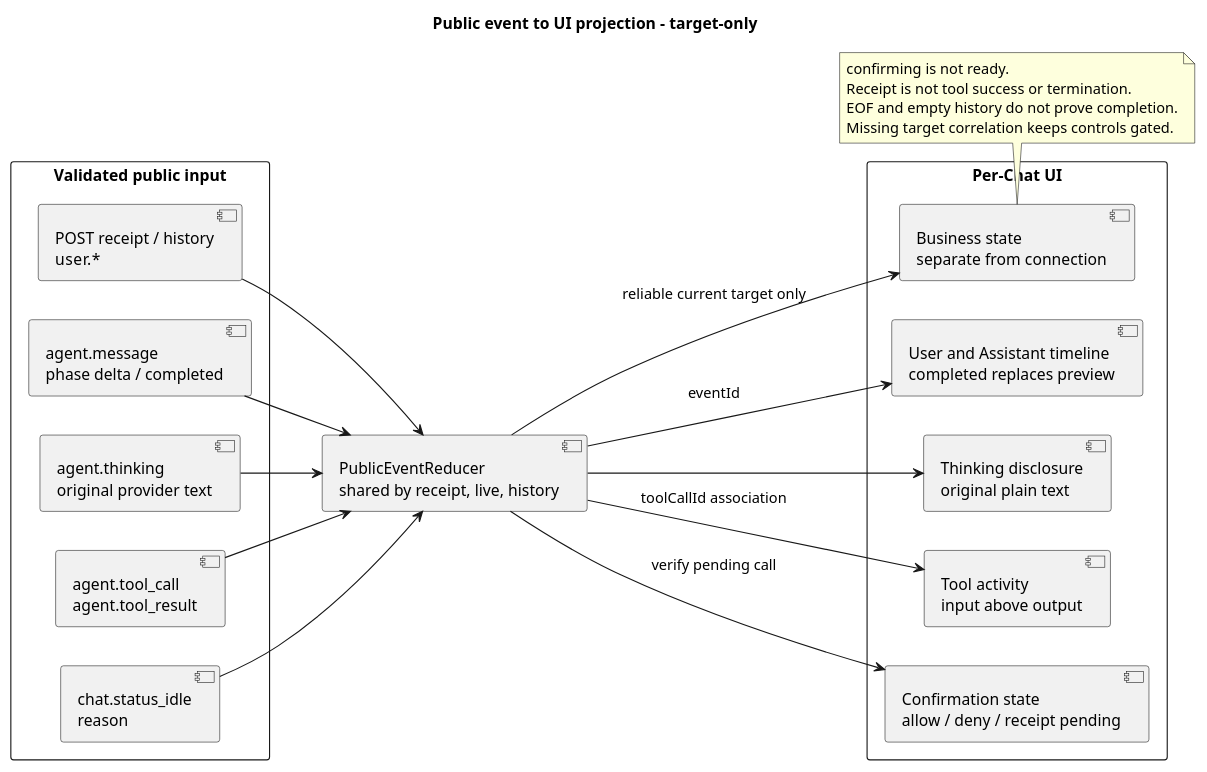
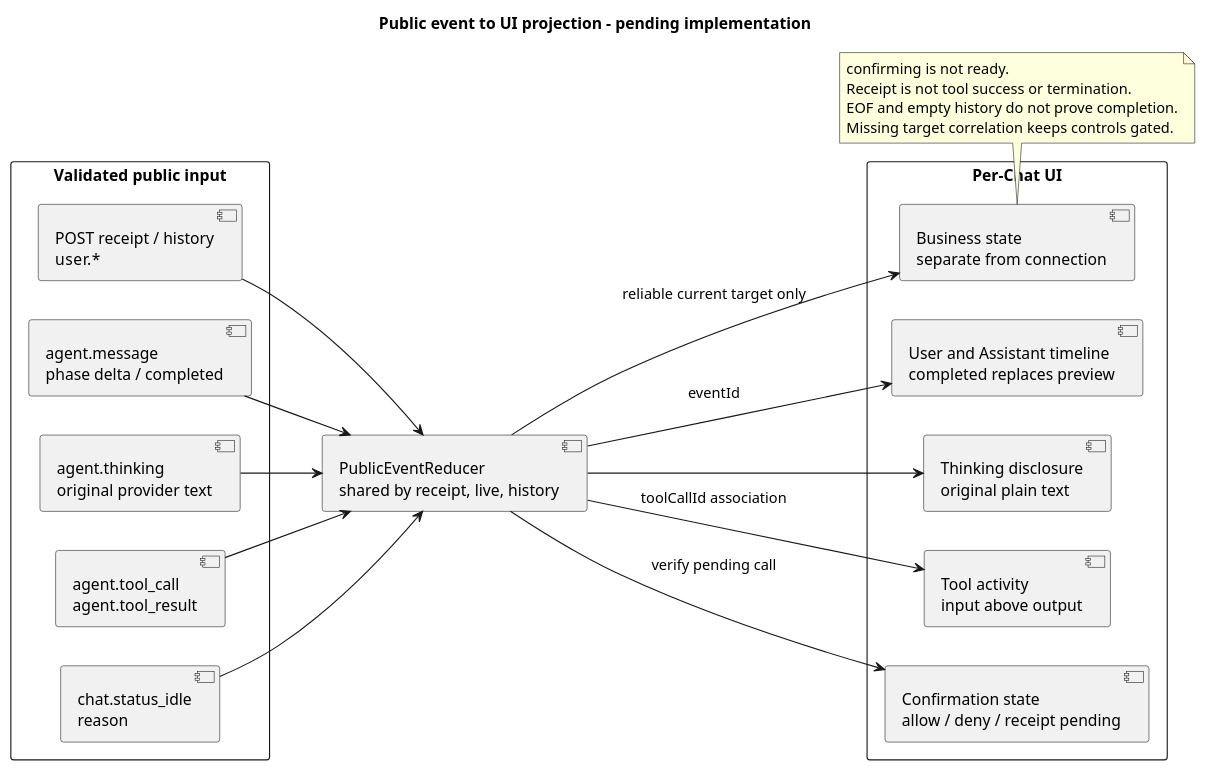
The fourth of 8 diagrams in 07-前端设计/技术设计/diagram.puml (ssm0808/pi-mono-java-design), drawn with PlantUML before and after one commit. The commit also changed other lines of this file and 182 other files, not shown here.

```diff
--- a/07-前端设计/技术设计/diagram.puml
+++ b/07-前端设计/技术设计/diagram.puml
@@ -168,41 +168,41 @@
 @startuml runtime_event_ui_projection
 ' Source baseline: pi-mono-java dfb90cac4e233e09a0b8f047f7e9f4682f5ad238. Thinking-only evidence: 4cc8dd86 frontend/src/components/ThinkingDisclosure.vue template; target displays original model reasoning.
 ' Source evidence: frontend/src/projectors/runtimeEventProjector.ts projectRuntimeEvents, registerToolSpecs.
 ' Source evidence: frontend/src/components/ToolActivity.vue template; frontend/src/types/product.ts ActivityTurn.
 ' Observed behavior: legacy assistant/tool events, no confirmation UI, rich-text tool output.
-' Target-only product projection follows the Mate public contract, not internal wire aliases.
+' Pending implementation product projection follows the Mate public contract, not internal wire aliases.
 ' Design reason: shared reduction prevents duplicate messages and separates preview from authority.
-title Public event to UI projection - target-only
+title Public event to UI projection - pending implementation
 left to right direction
 rectangle "Validated public input" {
   component "POST receipt / history\nuser.*" as UserEvents
   component "agent.message\nphase delta / completed" as Message
   component "agent.thinking\noriginal provider text" as Thinking
   component "agent.tool_call\nagent.tool_result" as Tool
   component "chat.status_idle\nreason" as Idle
 }
 component "PublicEventReducer\nshared by receipt, live, history" as Reducer
 rectangle "Per-Chat UI" {
   component "User and Assistant timeline\ncompleted replaces preview" as Timeline
   component "Thinking disclosure\noriginal plain text" as ThinkingView
   component "Tool activity\ninput above output" as Activity
   component "Confirmation state\nallow / deny / receipt pending" as Confirmation
   component "Business state\nseparate from connection" as State
 }
 UserEvents --> Reducer
 Message --> Reducer
 Thinking --> Reducer
 Tool --> Reducer
 Idle --> Reducer
 Reducer --> Timeline : eventId
 Reducer --> ThinkingView
 Reducer --> Activity : toolCallId association
 Reducer --> Confirmation : verify pending call
 Reducer --> State : reliable current target only
 note bottom of State
 confirming is not ready.
 Receipt is not tool success or termination.
 EOF and empty history do not prove completion.
 Missing target correlation keeps controls gated.
 end note
 @enduml
```
